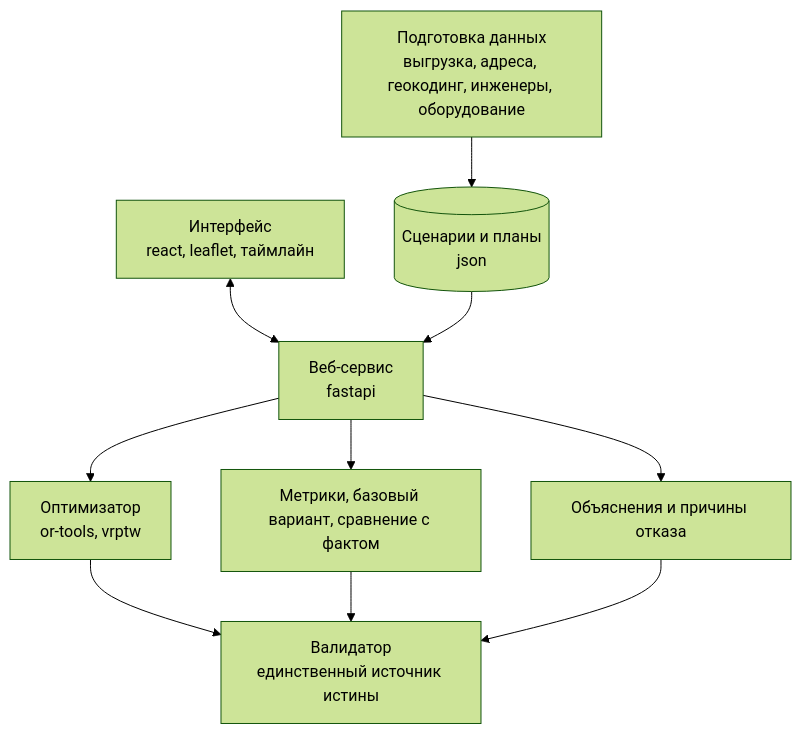
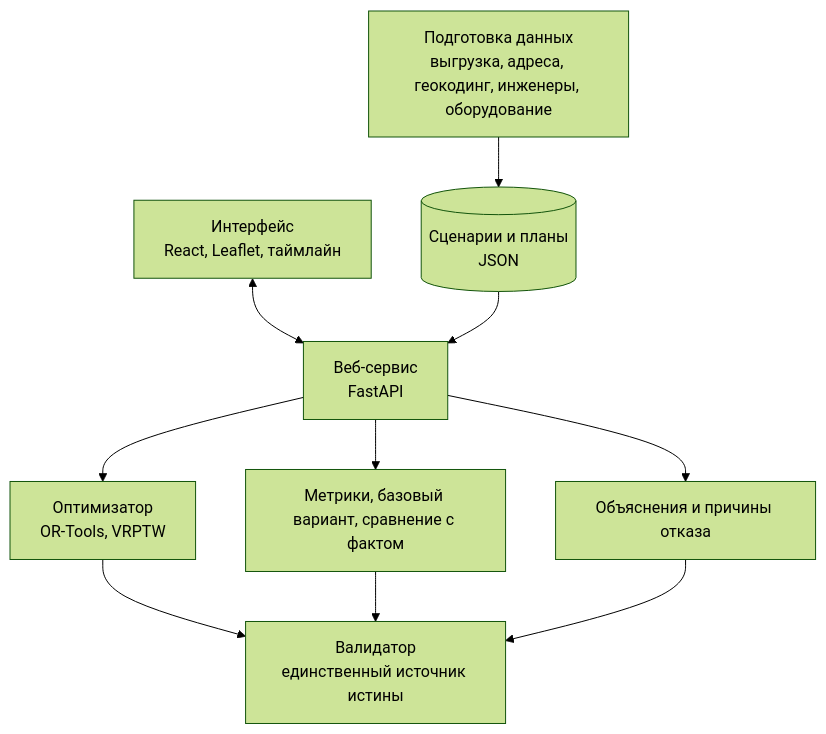
Before and after one commit to YuliaVyaznikova/lct-task3: the diagram in README.md, drawn with Mermaid (forest theme). The commit also changed other lines of this file and 5 other files, not shown here.

````diff
--- a/README.md
+++ b/README.md
@@ -59,21 +63,21 @@
 ```mermaid
 flowchart TD
-    UI["Интерфейс<br/>react, leaflet, таймлайн"]
-    API["Веб-сервис<br/>fastapi"]
-    SOLVER["Оптимизатор<br/>or-tools, vrptw"]
+    UI["Интерфейс<br/>React, Leaflet, таймлайн"]
+    API["Веб-сервис<br/>FastAPI"]
+    SOLVER["Оптимизатор<br/>OR-Tools, VRPTW"]
     VALID["Валидатор<br/>единственный источник истины"]
     EXPL["Объяснения и причины отказа"]
     METR["Метрики, базовый вариант, сравнение с фактом"]
     INGEST["Подготовка данных<br/>выгрузка, адреса, геокодинг, инженеры, оборудование"]
-    STORE[("Сценарии и планы<br/>json")]
+    STORE[("Сценарии и планы<br/>JSON")]
 
     UI <--> API
     API --> SOLVER
     API --> EXPL
     API --> METR
     SOLVER --> VALID
     METR --> VALID
     EXPL --> VALID
     INGEST --> STORE
     STORE --> API
 ```
````
